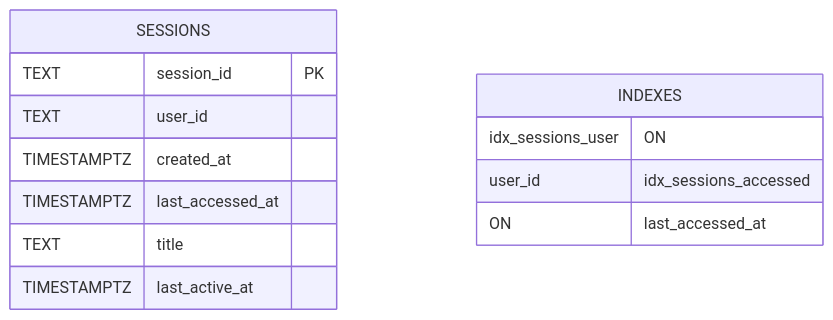
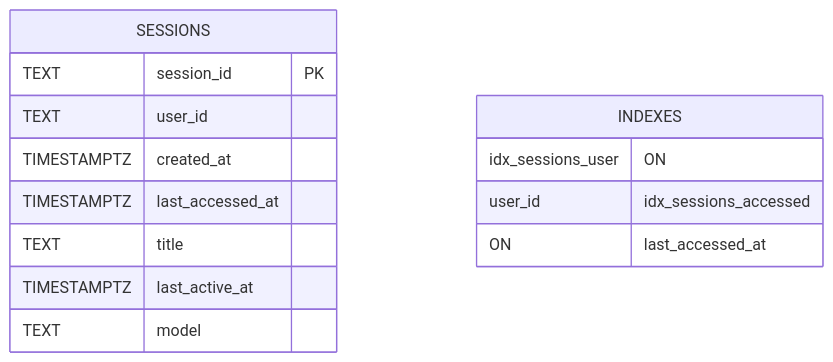
Diagram 13 of 27 in .qoder/repowiki/en/content/Agent Platform Service/Agent Platform Service.md (metasync/luban-aiops), drawn with Mermaid before and after one commit. The commit also changed other lines of this file and 7 other files, not shown here.

````diff
--- a/.qoder/repowiki/en/content/Agent Platform Service/Agent Platform Service.md
+++ b/.qoder/repowiki/en/content/Agent Platform Service/Agent Platform Service.md
@@ -816,15 +925,16 @@
 ```mermaid
 erDiagram
 SESSIONS {
 TEXT session_id PK
 TEXT user_id
 TIMESTAMPTZ created_at
 TIMESTAMPTZ last_accessed_at
 TEXT title
 TIMESTAMPTZ last_active_at
+TEXT model
 }
 INDEXES {
 idx_sessions_user ON user_id
 idx_sessions_accessed ON last_accessed_at
 }
 ```
````
